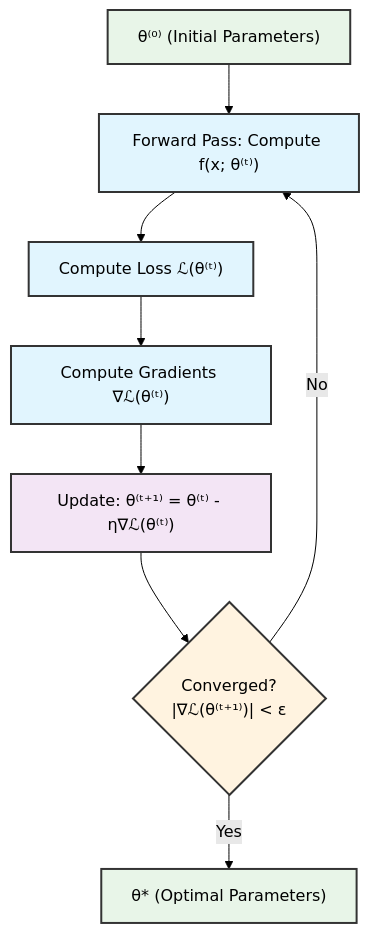
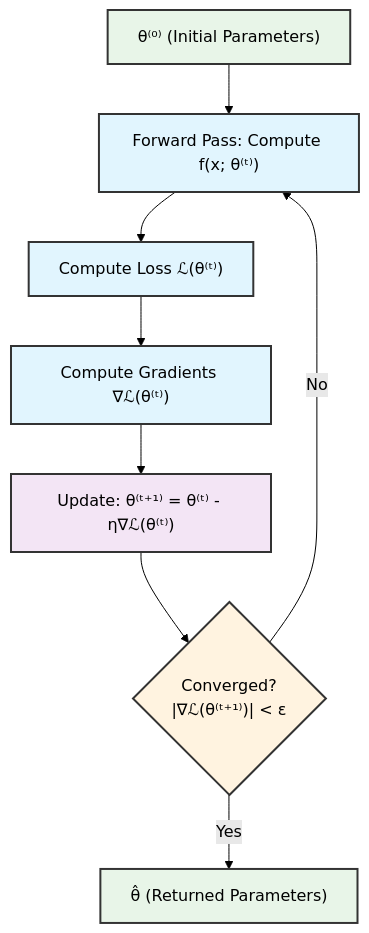
The second of 3 diagrams in feed_forward_nns.qmd (onnokleen/mlmetrics), drawn with Mermaid (forest theme) before and after one commit. The commit also changed other lines of this file and 36 other files, not shown here.

````diff
--- a/feed_forward_nns.qmd
+++ b/feed_forward_nns.qmd
@@ -512,32 +512,32 @@
 ```{mermaid}
 %%| label: fig-gd-process
-%%| fig-cap: "Flowchart of the gradient descent algorithm. Rectangular nodes represent computation steps (forward pass, loss evaluation, gradient computation, parameter update) and the diamond node is the convergence check. The loop continues until the gradient norm falls below a threshold $\\varepsilon$, at which point the current parameters are returned as the solution."
+%%| fig-cap: "Flowchart of the gradient descent algorithm. Rectangular nodes represent computation steps (forward pass, loss evaluation, gradient computation, parameter update) and the diamond node is the convergence check. The loop continues until the gradient norm falls below a threshold $\\varepsilon$, at which point the current parameters are returned. In a non-convex problem, a small gradient certifies only an approximate stationary point, not a global minimum."
 flowchart TD
     %% Starting point
     START["θ⁽⁰⁾ (Initial Parameters)"] --> FORWARD["Forward Pass: Compute f(x; θ⁽ᵗ⁾)"]
     
     %% Forward computation
     FORWARD --> LOSS["Compute Loss ℒ(θ⁽ᵗ⁾)"]
     
     %% Gradient computation
     LOSS --> GRAD["Compute Gradients ∇ℒ(θ⁽ᵗ⁾)"]
     
     %% Parameter update
     GRAD --> UPDATE["Update: θ⁽ᵗ⁺¹⁾ = θ⁽ᵗ⁾ - η∇ℒ(θ⁽ᵗ⁾)"]
     
     %% Convergence check
     UPDATE --> CHECK{"Converged?<br/>|∇ℒ(θ⁽ᵗ⁺¹⁾)| < ε"}
     CHECK -->|No| FORWARD
-    CHECK -->|Yes| OPTIMAL["θ* (Optimal Parameters)"]
+    CHECK -->|Yes| OPTIMAL["θ̂ (Returned Parameters)"]
     
     %% Styling
     classDef startend fill:#e8f5e8,stroke:#333,stroke-width:2px
     classDef process fill:#e1f5fe,stroke:#333,stroke-width:2px
     classDef decision fill:#fff3e0,stroke:#333,stroke-width:2px
     classDef update fill:#f3e5f5,stroke:#333,stroke-width:2px
     
     class START,OPTIMAL startend
     class FORWARD,LOSS,GRAD process
     class CHECK decision
     class UPDATE update
 ```
````
